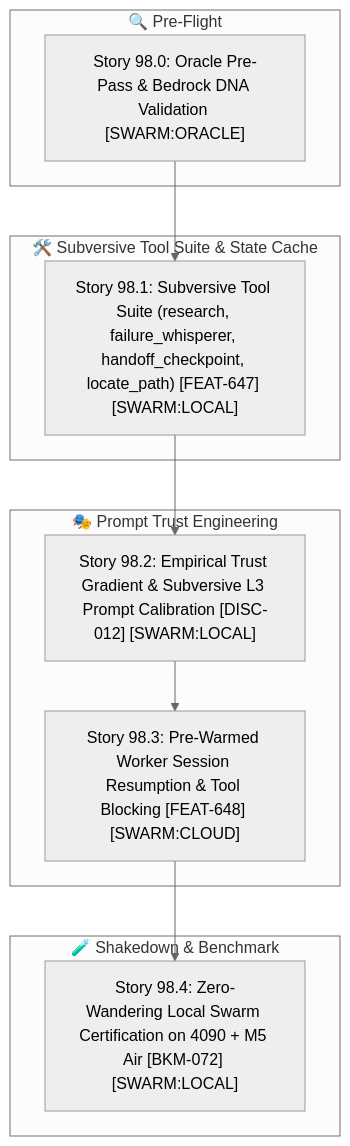
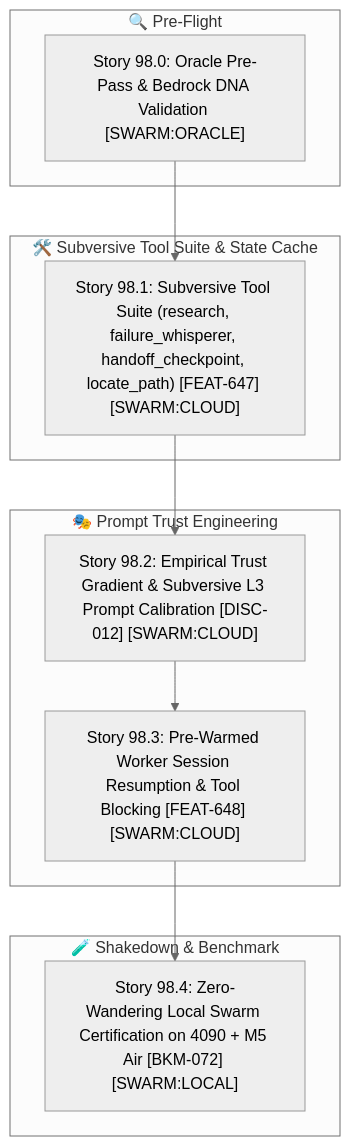
The diagram in docs/sprints/active/SPRINT_PLAN_SPR_98_0.md (kEnder242/Portfolio_Dev), drawn with Mermaid (neutral theme) before and after one commit. The commit also changed other lines of this file, not shown here.

Commit message:
docs: assign Story 98.1 and 98.2 to SWARM:CLOUD to eliminate circular delegation dependency

````diff
--- a/docs/sprints/active/SPRINT_PLAN_SPR_98_0.md
+++ b/docs/sprints/active/SPRINT_PLAN_SPR_98_0.md
@@ -24,21 +24,21 @@
 ```mermaid
 flowchart TD
     subgraph STAGE0 ["🔍 Pre-Flight"]
         S98_0["Story 98.0: Oracle Pre-Pass & Bedrock DNA Validation [SWARM:ORACLE]"]
     end
     subgraph STAGE1 ["🛠️ Subversive Tool Suite & State Cache"]
-        S98_1["Story 98.1: Subversive Tool Suite (research, failure_whisperer, handoff_checkpoint, locate_path) [FEAT-647] [SWARM:LOCAL]"]
+        S98_1["Story 98.1: Subversive Tool Suite (research, failure_whisperer, handoff_checkpoint, locate_path) [FEAT-647] [SWARM:CLOUD]"]
     end
     subgraph STAGE2 ["🎭 Prompt Trust Engineering"]
-        S98_2["Story 98.2: Empirical Trust Gradient & Subversive L3 Prompt Calibration [DISC-012] [SWARM:LOCAL]"]
+        S98_2["Story 98.2: Empirical Trust Gradient & Subversive L3 Prompt Calibration [DISC-012] [SWARM:CLOUD]"]
         S98_3["Story 98.3: Pre-Warmed Worker Session Resumption & Tool Blocking [FEAT-648] [SWARM:CLOUD]"]
     end
     subgraph STAGE3 ["🧪 Shakedown & Benchmark"]
         S98_4["Story 98.4: Zero-Wandering Local Swarm Certification on 4090 + M5 Air [BKM-072] [SWARM:LOCAL]"]
     end
 
     S98_0 --> S98_1
     S98_1 --> S98_2
     S98_2 --> S98_3
     S98_3 --> S98_4
 ```
````
